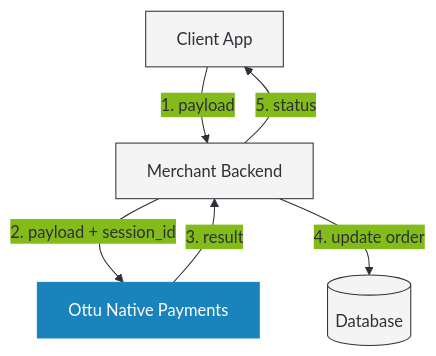
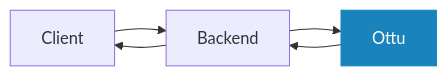
The second of 2 diagrams in docs/developers/payments/native-payments.md (ottuco/docs), drawn with Mermaid before and after one commit. The commit also changed other lines of this file and 11 other files, not shown here.

First line of the commit message:
unify page structure, fix mermaid text truncation, add language dropdown

````diff
--- a/docs/developers/payments/native-payments.md
+++ b/docs/developers/payments/native-payments.md
@@ -67,14 +88,10 @@
 ```mermaid
-%%{init: {"theme": "base", "themeVariables": {"background": "#F4F4F4", "primaryColor": "#1983BC", "primaryTextColor": "#302F37", "primaryBorderColor": "#302F37", "lineColor": "#302F37"}}}%%
-flowchart TD
-    A[Client App] -->|1. payload| B[Merchant Backend]
-    B -->|2. payload + session_id| C[Ottu Native Payments]
-    C -->|3. result| B
-    B -->|4. update order| D[(Database)]
-    B -->|5. status| A
+graph LR
+    A[Client] --> B[Backend]
+    B --> C[Ottu]
+    C --> B
+    B --> A
 
-    classDef ottu fill:#1983BC,color:#FFF,stroke:#1983BC
-    classDef default fill:#F4F4F4,color:#302F37,stroke:#302F37
-
+    classDef ottu fill:#1983BC,color:#fff,stroke:#1983BC
     class C ottu
 ```
````
